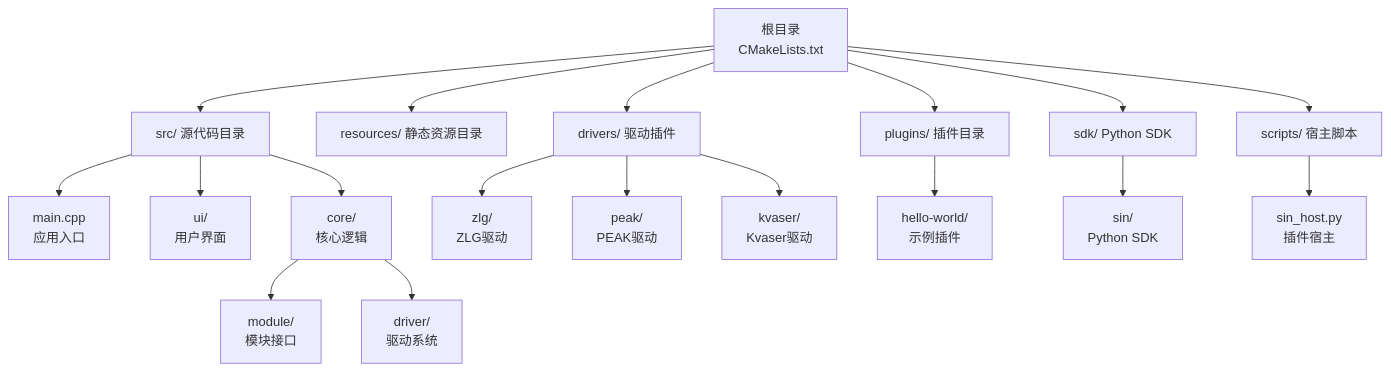
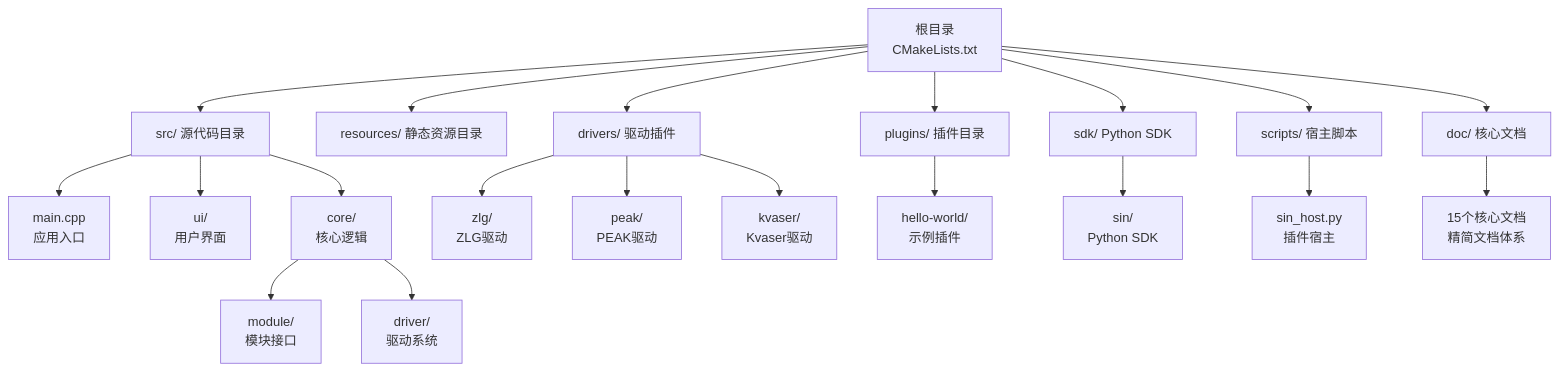
One commit to jakecai1225-design/OpenBus changed the first of 4 diagrams in .qoder/repowiki/zh/content/项目概述/项目概述.md. Above: the diagram before and after it, drawn with Mermaid. The commit also changed other lines of this file and 151 other files, not shown here.

````diff
--- a/.qoder/repowiki/zh/content/项目概述/项目概述.md
+++ b/.qoder/repowiki/zh/content/项目概述/项目概述.md
@@ -55,20 +49,22 @@
 ```mermaid
 graph TB
 A["根目录<br/>CMakeLists.txt"] --> B["src/ 源代码目录"]
 A --> C["resources/ 静态资源目录"]
 A --> D["plugins/ 插件目录"]
 A --> E["sdk/ Python SDK"]
 A --> F["scripts/ 宿主脚本"]
 A --> G["drivers/ 驱动插件"]
-B --> H["main.cpp<br/>应用入口"]
-B --> I["ui/<br/>用户界面"]
-B --> J["core/<br/>核心逻辑"]
-J --> K["module/<br/>模块接口"]
-J --> L["driver/<br/>驱动系统"]
-G --> M["zlg/<br/>ZLG驱动"]
-G --> N["peak/<br/>PEAK驱动"]
-G --> O["kvaser/<br/>Kvaser驱动"]
-D --> P["hello-world/<br/>示例插件"]
-E --> Q["sin/<br/>Python SDK"]
-F --> R["sin_host.py<br/>插件宿主"]
+A --> H["doc/ 核心文档"]
+B --> I["main.cpp<br/>应用入口"]
+B --> J["ui/<br/>用户界面"]
+B --> K["core/<br/>核心逻辑"]
+K --> L["module/<br/>模块接口"]
+K --> M["driver/<br/>驱动系统"]
+G --> N["zlg/<br/>ZLG驱动"]
+G --> O["peak/<br/>PEAK驱动"]
+G --> P["kvaser/<br/>Kvaser驱动"]
+D --> Q["hello-world/<br/>示例插件"]
+E --> R["sin/<br/>Python SDK"]
+F --> S["sin_host.py<br/>插件宿主"]
+H --> T["15个核心文档<br/>精简文档体系"]
 ```
````
